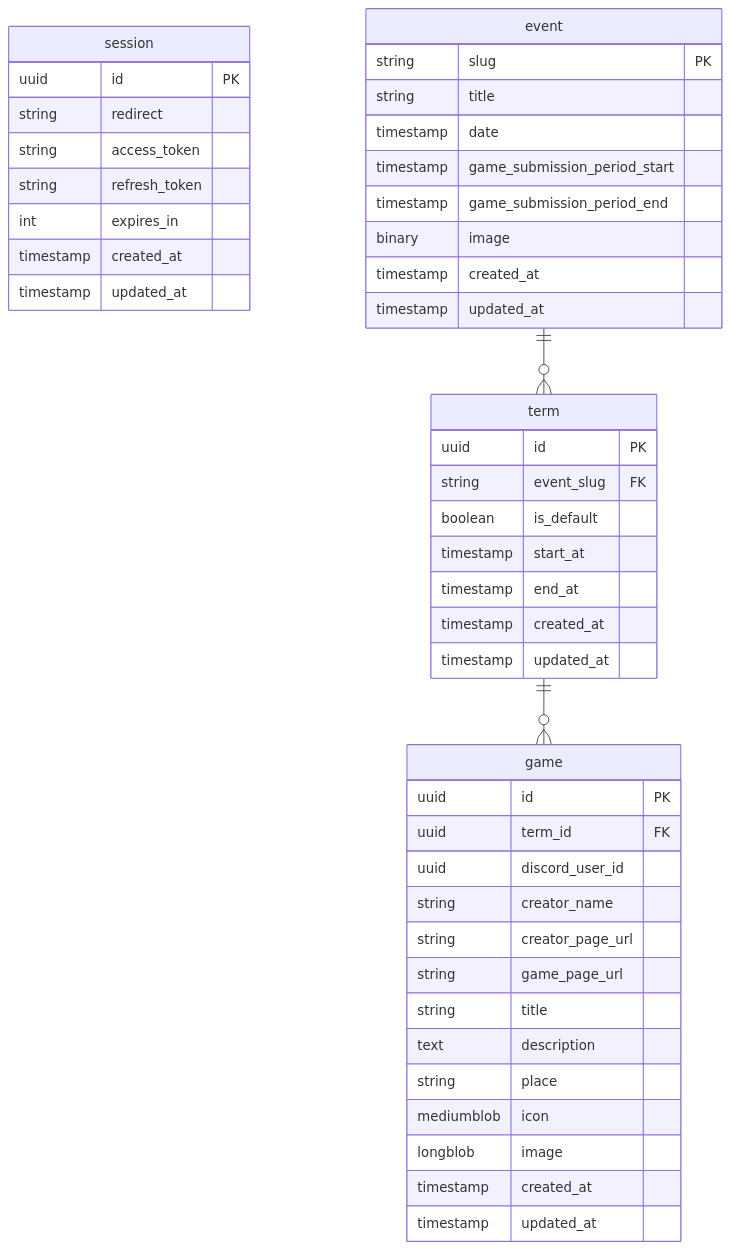
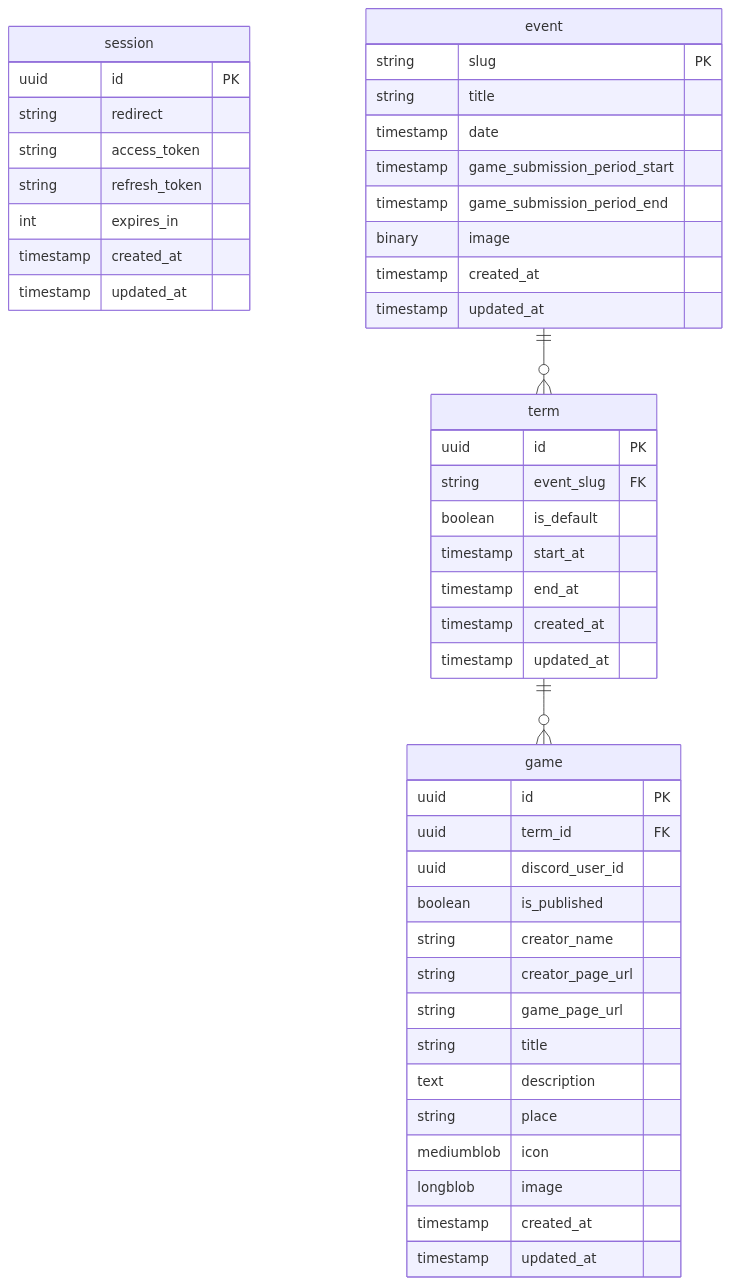
One commit to traPtitech/game3-back changed the diagram in docs/db_schema.mmd. Above: the diagram before and after it, drawn with Mermaid. The commit also changed 7 other files, not shown here.

```diff
--- a/docs/db_schema.mmd
+++ b/docs/db_schema.mmd
@@ -1,50 +1,51 @@
 erDiagram
     session {
         uuid id PK
         string redirect
         string access_token
         string refresh_token
         int expires_in
         timestamp created_at
         timestamp updated_at
     }
 
     event {
         string slug PK
         string title
         timestamp date
         timestamp game_submission_period_start
         timestamp game_submission_period_end
         binary image
         timestamp created_at
         timestamp updated_at
     }
 
     term {
         uuid id PK
         string event_slug FK
         boolean is_default
         timestamp start_at
         timestamp end_at
         timestamp created_at
         timestamp updated_at
     }
 
     game {
         uuid id PK
         uuid term_id FK
         uuid discord_user_id
+        boolean is_published
         string creator_name
         string creator_page_url
         string game_page_url
         string title
         text description
         string place
         mediumblob icon
         longblob image
         timestamp created_at
         timestamp updated_at
     }
 
     event ||--o{ term : ""
     term ||--o{ game : ""
```
